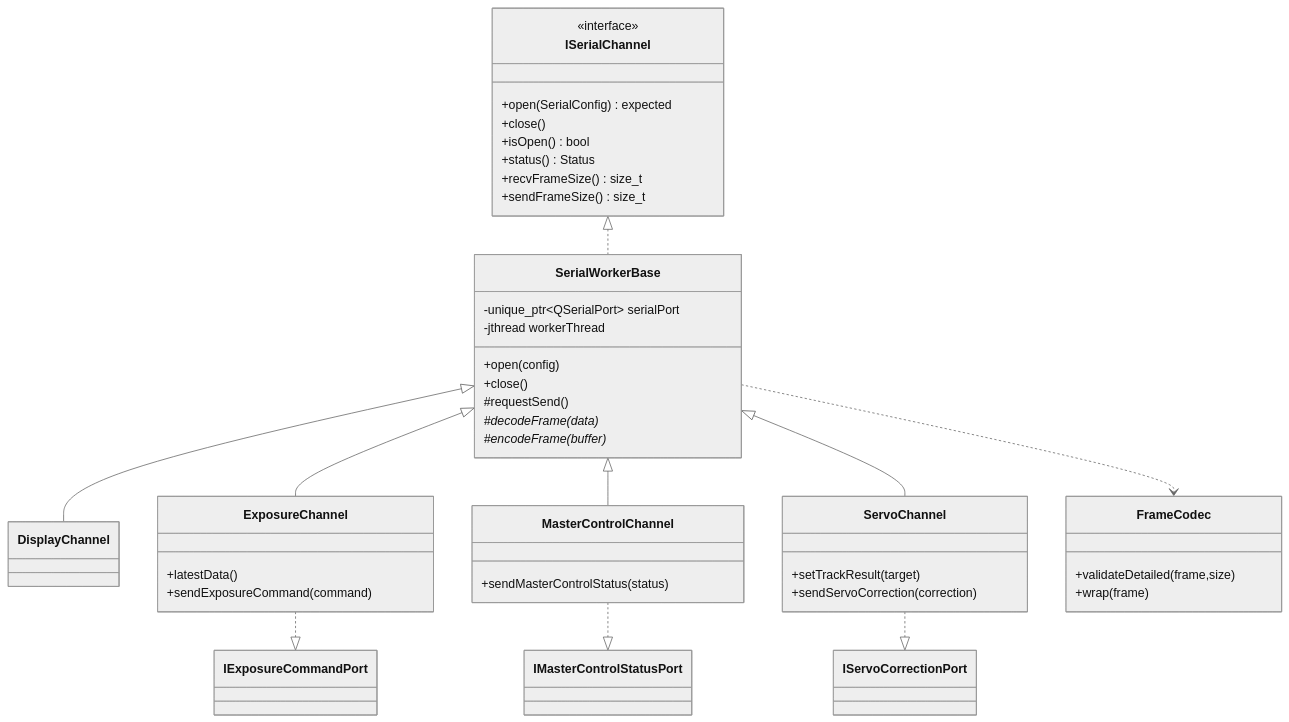
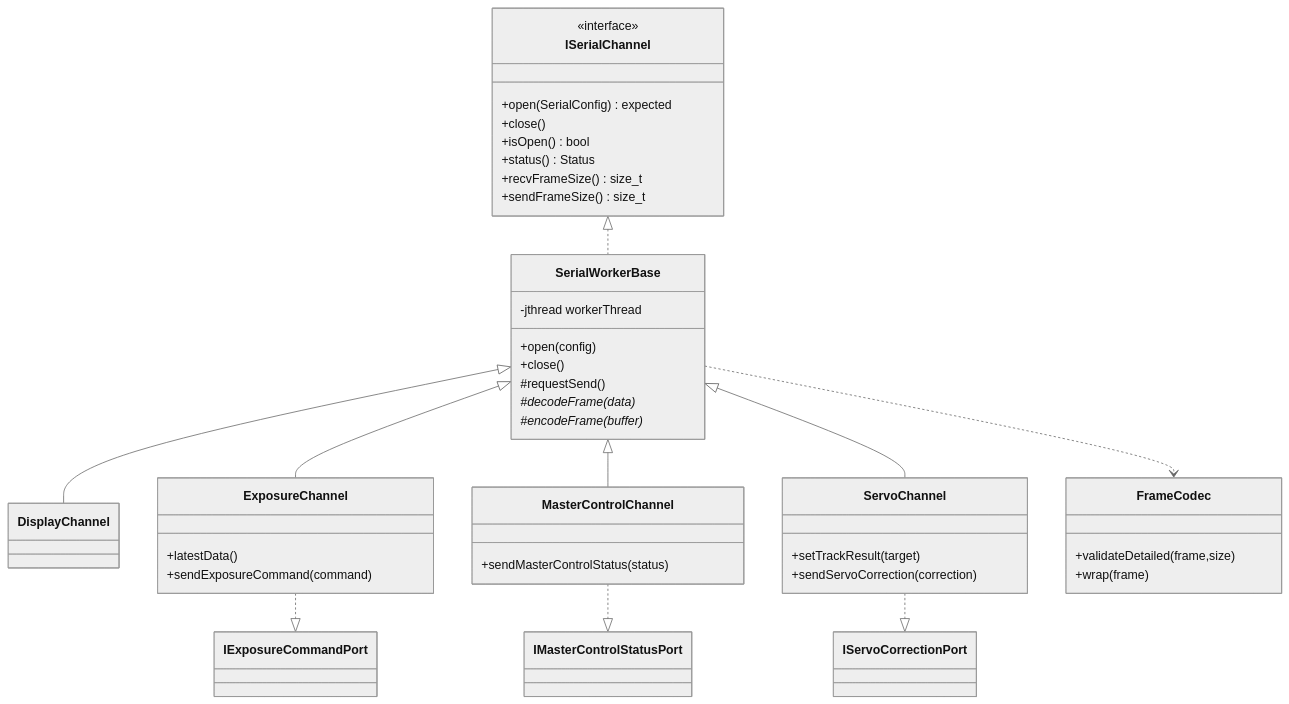
The second of 6 diagrams in docs/module-comm.md (with-fair-wind/1mZGG), drawn with Mermaid (neutral theme) before and after one commit. The commit also changed other lines of this file and 61 other files, not shown here.

````diff
--- a/docs/module-comm.md
+++ b/docs/module-comm.md
@@ -177,50 +177,49 @@
 ```mermaid
 classDiagram
     class ISerialChannel {
         <<interface>>
         +open(SerialConfig) expected
         +close()
         +isOpen() bool
         +status() Status
         +recvFrameSize() size_t
         +sendFrameSize() size_t
     }
     class SerialWorkerBase {
-        -unique_ptr~QSerialPort~ serialPort
         -jthread workerThread
         +open(config)
         +close()
         #requestSend()
         #decodeFrame(data)*
         #encodeFrame(buffer)*
     }
     class DisplayChannel
     class ExposureChannel {
         +latestData()
         +sendExposureCommand(command)
     }
     class MasterControlChannel {
         +sendMasterControlStatus(status)
     }
     class ServoChannel {
         +setTrackResult(target)
         +sendServoCorrection(correction)
     }
     class FrameCodec {
         +validateDetailed(frame,size)
         +wrap(frame)
     }
     class IExposureCommandPort
     class IMasterControlStatusPort
     class IServoCorrectionPort
 
     ISerialChannel <|.. SerialWorkerBase
     SerialWorkerBase <|-- DisplayChannel
     SerialWorkerBase <|-- ExposureChannel
     SerialWorkerBase <|-- MasterControlChannel
     SerialWorkerBase <|-- ServoChannel
     ExposureChannel ..|> IExposureCommandPort
     MasterControlChannel ..|> IMasterControlStatusPort
     ServoChannel ..|> IServoCorrectionPort
     SerialWorkerBase ..> FrameCodec
 ```
````
